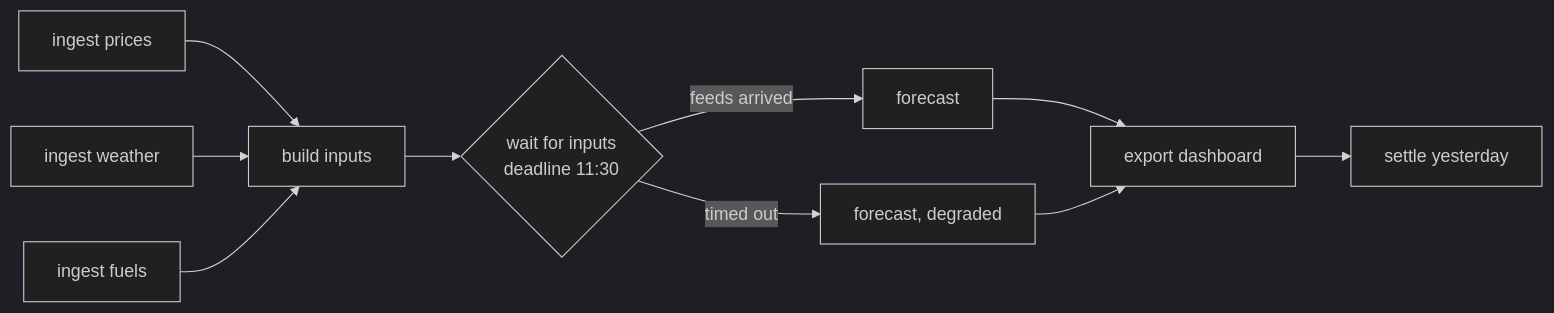
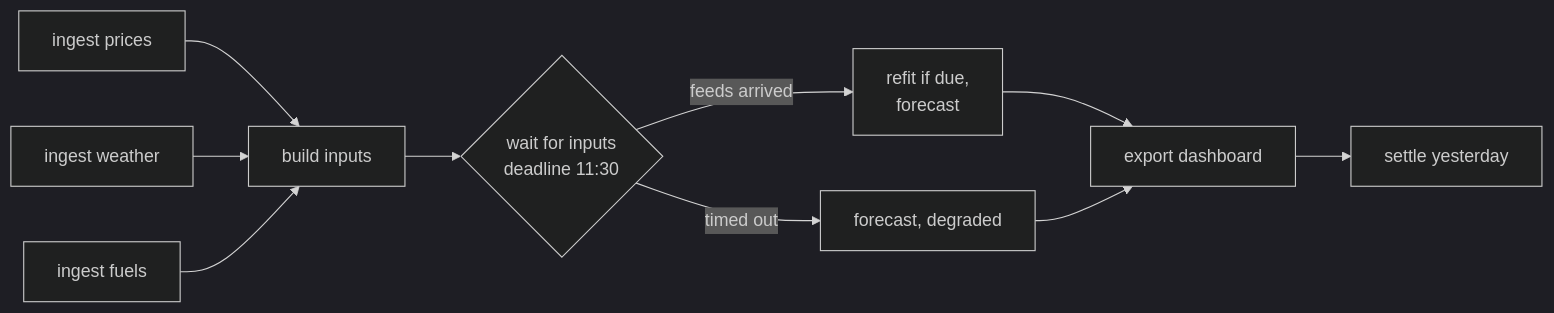
Before and after one commit to HRafiq/energy-price-forecasting-trading: the first of 2 diagrams in README.md, drawn with Mermaid (dark theme). The commit also changed other lines of this file and 12 other files, not shown here.

````diff
--- a/README.md
+++ b/README.md
@@ -99,12 +99,12 @@
 ```mermaid
 flowchart LR
   A[ingest prices] --> D[build inputs]
   B[ingest weather] --> D
   C[ingest fuels] --> D
   D --> E{wait for inputs<br/>deadline 11:30}
-  E -->|feeds arrived| F[forecast]
+  E -->|feeds arrived| F[refit if due,<br/>forecast]
   E -->|timed out| G[forecast, degraded]
   F --> H[export dashboard]
   G --> H
   H --> I[settle yesterday]
 ```
````
